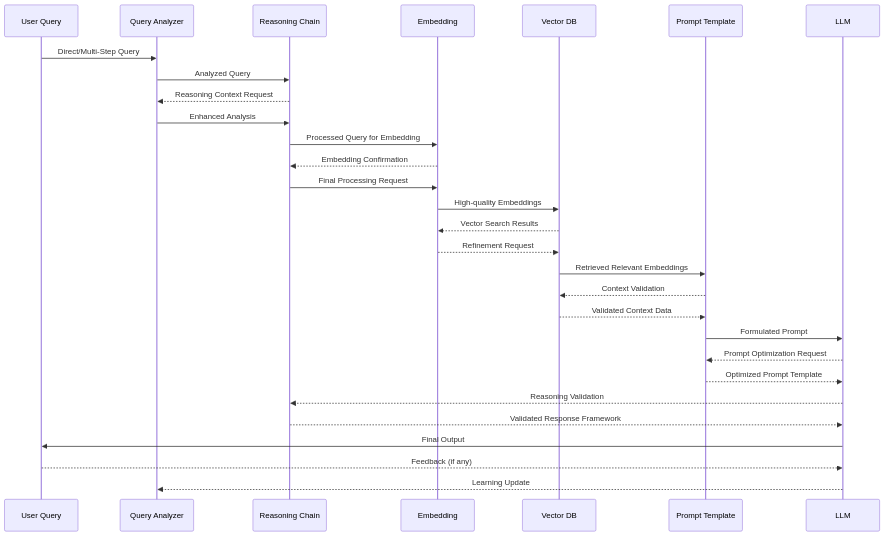
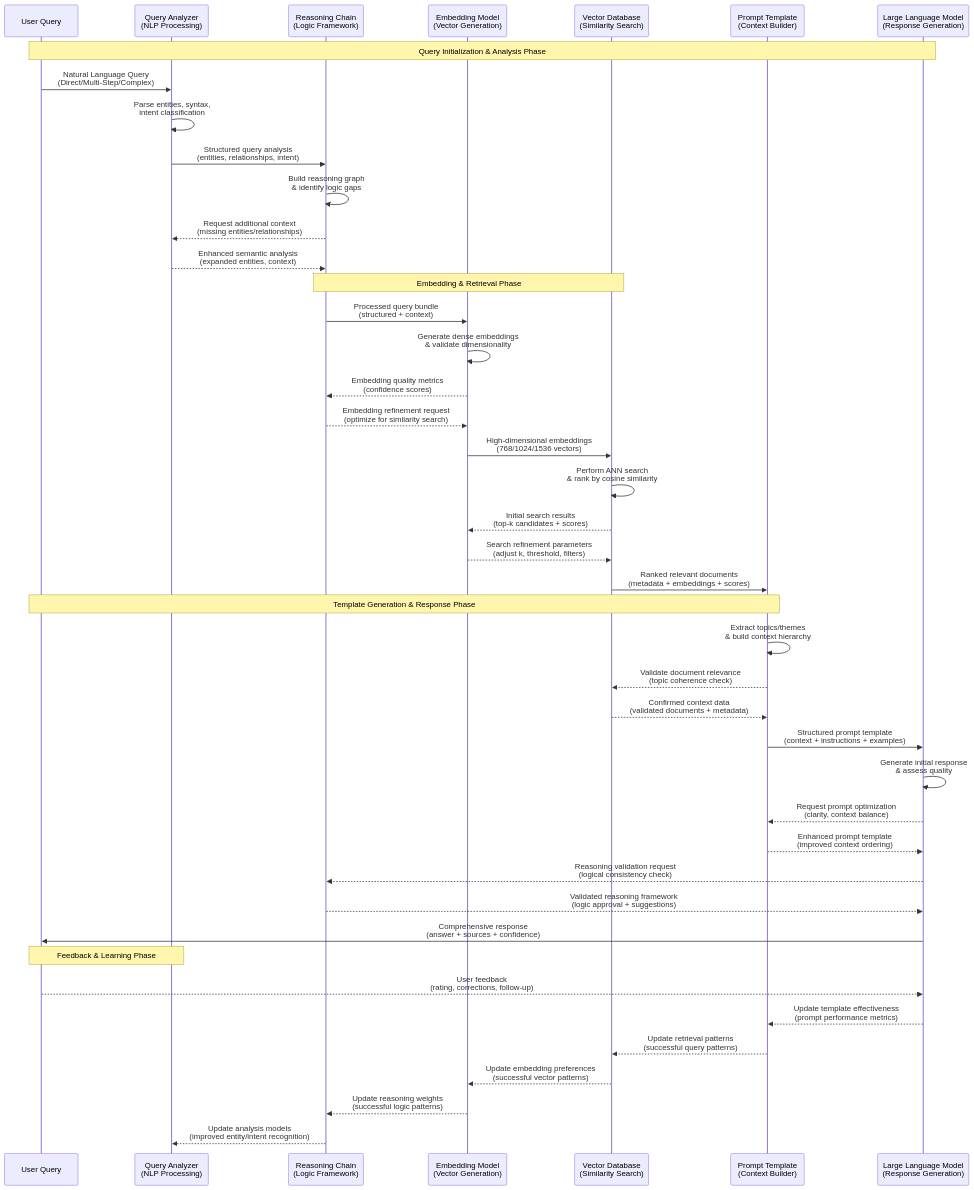
Before and after one commit to rodneypuplampu/multi-modal-chatprompt-from-scratch: the diagram in new-readme.md, drawn with Mermaid.

Commit message:
Enhance sequence diagram with detailed participant info
Updated sequence diagram in new-readme.md to include detailed descriptions for each participant and clarify the phases of query processing, embedding, retrieval, and response generation.

````diff
--- a/new-readme.md
+++ b/new-readme.md
@@ -23,37 +23,52 @@
 ```mermaid
 sequenceDiagram
     participant User as User Query
-    participant spaCy as Query Analyzer
-    participant TensorFlow as Reasoning Chain
-    participant Gemma as Embedding
-    participant LanceDB as Vector DB
-    participant BERTopic as Prompt Template
-    participant LLM as LLM
+    participant spaCy as Query Analyzer<br/>(NLP Processing)
+    participant TensorFlow as Reasoning Chain<br/>(Logic Framework)
+    participant Gemma as Embedding Model<br/>(Vector Generation)
+    participant LanceDB as Vector Database<br/>(Similarity Search)
+    participant BERTopic as Prompt Template<br/>(Context Builder)
+    participant LLM as Large Language Model<br/>(Response Generation)
     
-    User->>spaCy: Direct/Multi-Step Query
-    spaCy->>TensorFlow: Analyzed Query
-    TensorFlow-->>spaCy: Reasoning Context Request
-    spaCy->>TensorFlow: Enhanced Analysis
+    Note over User,LLM: Query Initialization & Analysis Phase
+    User->>spaCy: Natural Language Query<br/>(Direct/Multi-Step/Complex)
+    spaCy->>spaCy: Parse entities, syntax,<br/>intent classification
+    spaCy->>TensorFlow: Structured query analysis<br/>(entities, relationships, intent)
+    TensorFlow->>TensorFlow: Build reasoning graph<br/>& identify logic gaps
+    TensorFlow-->>spaCy: Request additional context<br/>(missing entities/relationships)
+    spaCy-->>TensorFlow: Enhanced semantic analysis<br/>(expanded entities, context)
     
-    TensorFlow->>Gemma: Processed Query for Embedding
-    Gemma-->>TensorFlow: Embedding Confirmation
-    TensorFlow->>Gemma: Final Processing Request
-    Gemma->>LanceDB: High-quality Embeddings
+    Note over TensorFlow,LanceDB: Embedding & Retrieval Phase
+    TensorFlow->>Gemma: Processed query bundle<br/>(structured + context)
+    Gemma->>Gemma: Generate dense embeddings<br/>& validate dimensionality
+    Gemma-->>TensorFlow: Embedding quality metrics<br/>(confidence scores)
+    TensorFlow-->>Gemma: Embedding refinement request<br/>(optimize for similarity search)
+    Gemma->>LanceDB: High-dimensional embeddings<br/>(768/1024/1536 vectors)
     
-    LanceDB-->>Gemma: Vector Search Results
-    Gemma-->>LanceDB: Refinement Request
-    LanceDB->>BERTopic: Retrieved Relevant Embeddings
+    LanceDB->>LanceDB: Perform ANN search<br/>& rank by cosine similarity
+    LanceDB-->>Gemma: Initial search results<br/>(top-k candidates + scores)
+    Gemma-->>LanceDB: Search refinement parameters<br/>(adjust k, threshold, filters)
+    LanceDB->>BERTopic: Ranked relevant documents<br/>(metadata + embeddings + scores)
     
-    BERTopic-->>LanceDB: Context Validation
-    LanceDB-->>BERTopic: Validated Context Data
-    BERTopic->>LLM: Formulated Prompt
+    Note over BERTopic,User: Template Generation & Response Phase
+    BERTopic->>BERTopic: Extract topics/themes<br/>& build context hierarchy
+    BERTopic-->>LanceDB: Validate document relevance<br/>(topic coherence check)
+    LanceDB-->>BERTopic: Confirmed context data<br/>(validated documents + metadata)
+    BERTopic->>LLM: Structured prompt template<br/>(context + instructions + examples)
     
-    LLM-->>BERTopic: Prompt Optimization Request
-    BERTopic-->>LLM: Optimized Prompt Template
-    LLM-->>TensorFlow: Reasoning Validation
-    TensorFlow-->>LLM: Validated Response Framework
-    LLM->>User: Final Output
+    LLM->>LLM: Generate initial response<br/>& assess quality
+    LLM-->>BERTopic: Request prompt optimization<br/>(clarity, context balance)
+    BERTopic-->>LLM: Enhanced prompt template<br/>(improved context ordering)
+    LLM-->>TensorFlow: Reasoning validation request<br/>(logical consistency check)
+    TensorFlow-->>LLM: Validated reasoning framework<br/>(logic approval + suggestions)
     
-    User-->>LLM: Feedback (if any)
-    LLM-->>spaCy: Learning Update
+    LLM->>User: Comprehensive response<br/>(answer + sources + confidence)
+    
+    Note over User,spaCy: Feedback & Learning Phase
+    User-->>LLM: User feedback<br/>(rating, corrections, follow-up)
+    LLM-->>BERTopic: Update template effectiveness<br/>(prompt performance metrics)
+    BERTopic-->>LanceDB: Update retrieval patterns<br/>(successful query patterns)
+    LanceDB-->>Gemma: Update embedding preferences<br/>(successful vector patterns)
+    Gemma-->>TensorFlow: Update reasoning weights<br/>(successful logic patterns)
+    TensorFlow-->>spaCy: Update analysis models<br/>(improved entity/intent recognition)
 ```
````
